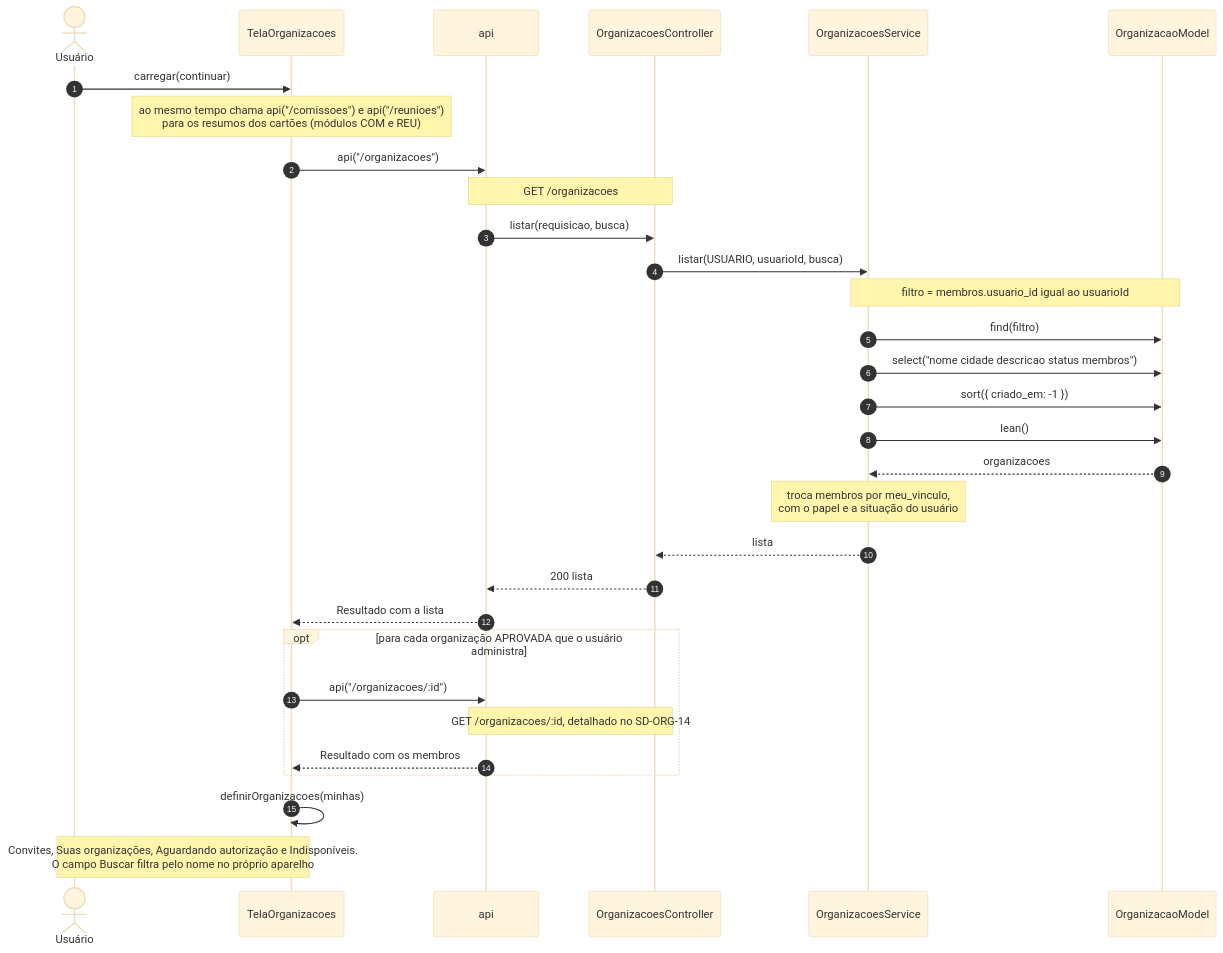
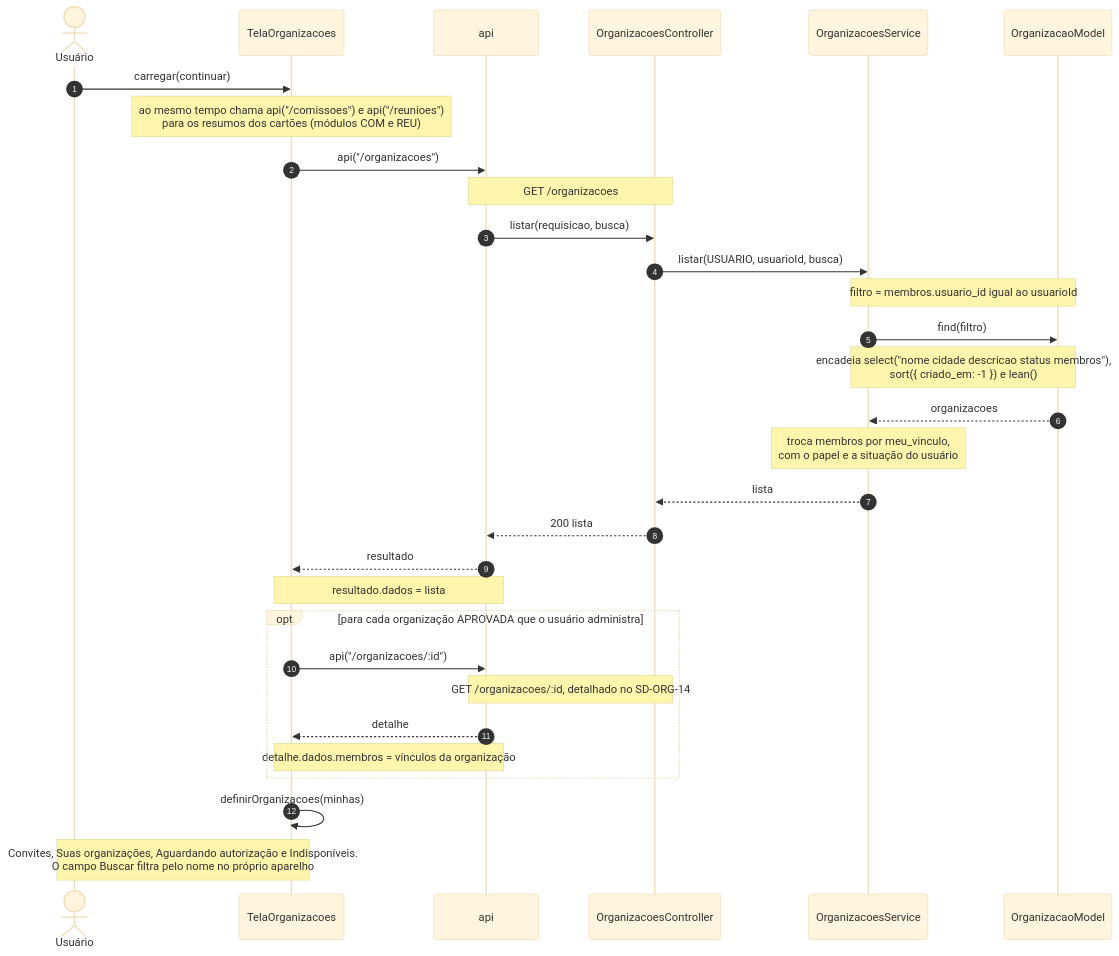
The second of 15 diagrams in 2 - Incremento 1/cadastro-organizacao/6 - diagramas-sequencia-cadastro-organizacao.md (Conecta-IFSP/DOCUMENTATION), drawn with Mermaid (base theme) before and after one commit. The commit also changed other lines of this file and 97 other files, not shown here.

````diff
--- a/2 - Incremento 1/cadastro-organizacao/6 - diagramas-sequencia-cadastro-organizacao.md
+++ b/2 - Incremento 1/cadastro-organizacao/6 - diagramas-sequencia-cadastro-organizacao.md
@@ -59,33 +62,33 @@
 ```mermaid
 sequenceDiagram
     autonumber
     actor U as Usuário
     participant T as TelaOrganizacoes
     participant A as api
     participant C as OrganizacoesController
     participant S as OrganizacoesService
     participant M as OrganizacaoModel
     U->>T: carregar(continuar)
     Note over T: ao mesmo tempo chama api("/comissoes") e api("/reunioes")<br/>para os resumos dos cartões (módulos COM e REU)
     T->>A: api("/organizacoes")
     Note over A,C: GET /organizacoes
     A->>C: listar(requisicao, busca)
     C->>S: listar(USUARIO, usuarioId, busca)
     Note over S,M: filtro = membros.usuario_id igual ao usuarioId
     S->>M: find(filtro)
-    S->>M: select("nome cidade descricao status membros")
-    S->>M: sort({ criado_em: -1 })
-    S->>M: lean()
+    Note over S,M: encadeia select("nome cidade descricao status membros"),<br/>sort({ criado_em: -1 }) e lean()
     M-->>S: organizacoes
     Note over S: troca membros por meu_vinculo,<br/>com o papel e a situação do usuário
     S-->>C: lista
     C-->>A: 200 lista
-    A-->>T: Resultado com a lista
+    A-->>T: resultado
+    Note over T,A: resultado.dados = lista
     opt para cada organização APROVADA que o usuário administra
         T->>A: api("/organizacoes/:id")
         Note over A,C: GET /organizacoes/:id, detalhado no SD-ORG-14
-        A-->>T: Resultado com os membros
+        A-->>T: detalhe
+        Note over T,A: detalhe.dados.membros = vínculos da organização
     end
     T->>T: definirOrganizacoes(minhas)
     Note over U,T: Convites, Suas organizações, Aguardando autorização e Indisponíveis.<br/>O campo Buscar filtra pelo nome no próprio aparelho
 ```
````
